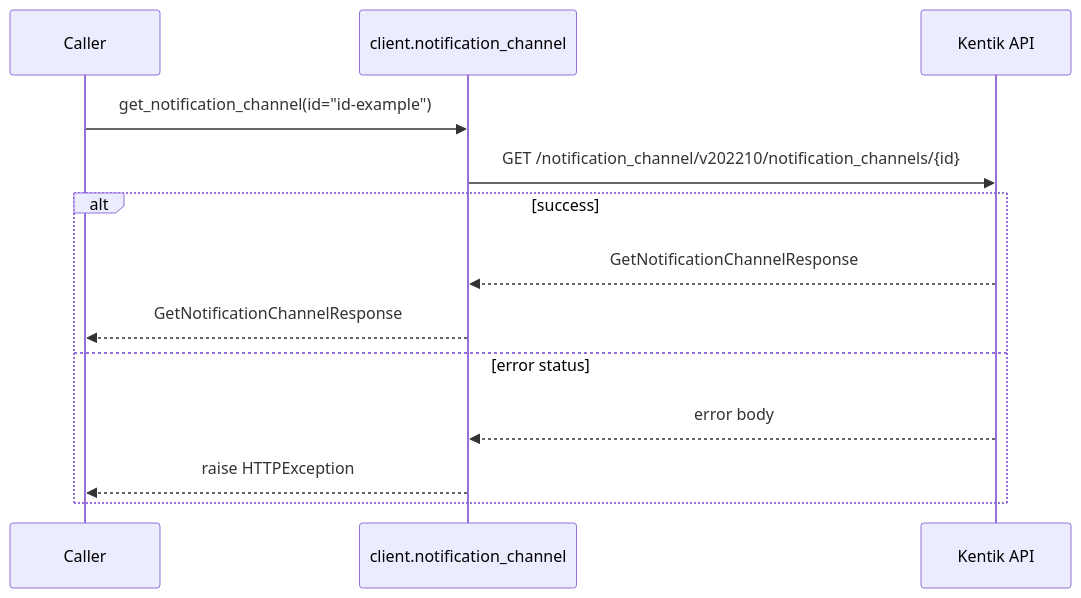
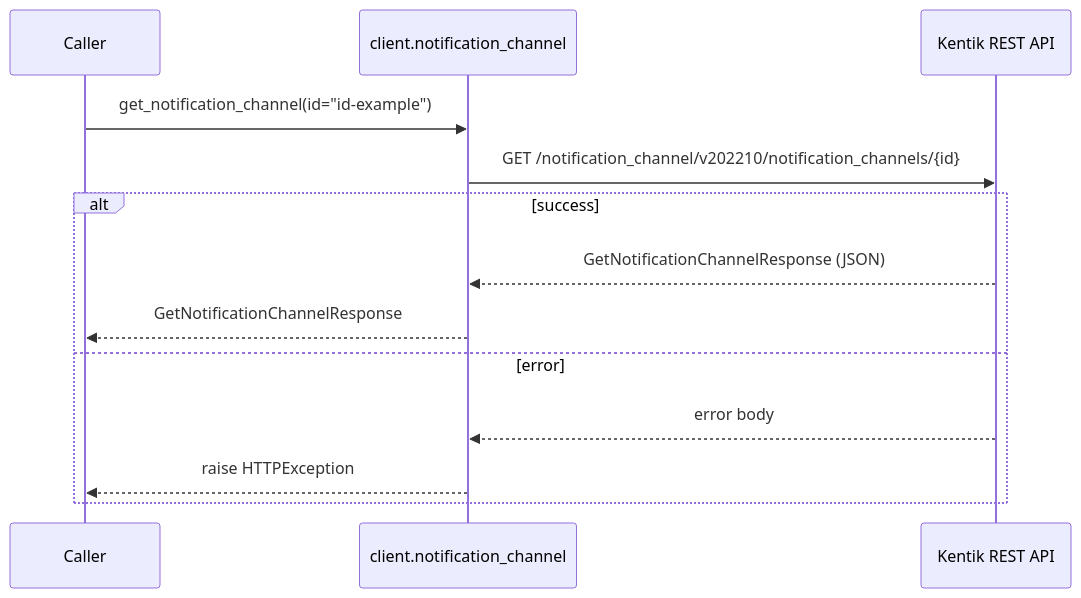
Before and after one commit to alexdearaujo/community_sdk_python: the sixth of 8 diagrams in docs/sphinx/services/notification_channel.md, drawn with Mermaid. The commit also changed other lines of this file and 61 other files, not shown here.

````diff
--- a/docs/sphinx/services/notification_channel.md
+++ b/docs/sphinx/services/notification_channel.md
@@ -125,16 +177,16 @@
 ```mermaid
 sequenceDiagram
     participant C as Caller
     participant W as client.notification_channel
-    participant API as Kentik API
+    participant API as Kentik REST API
 
     C->>W: get_notification_channel(id="id-example")
     W->>API: GET /notification_channel/v202210/notification_channels/{id}
     alt success
-        API-->>W: GetNotificationChannelResponse
+        API-->>W: GetNotificationChannelResponse (JSON)
         W-->>C: GetNotificationChannelResponse
-    else error status
+    else error
         API-->>W: error body
         W-->>C: raise HTTPException
     end
 ```
````
